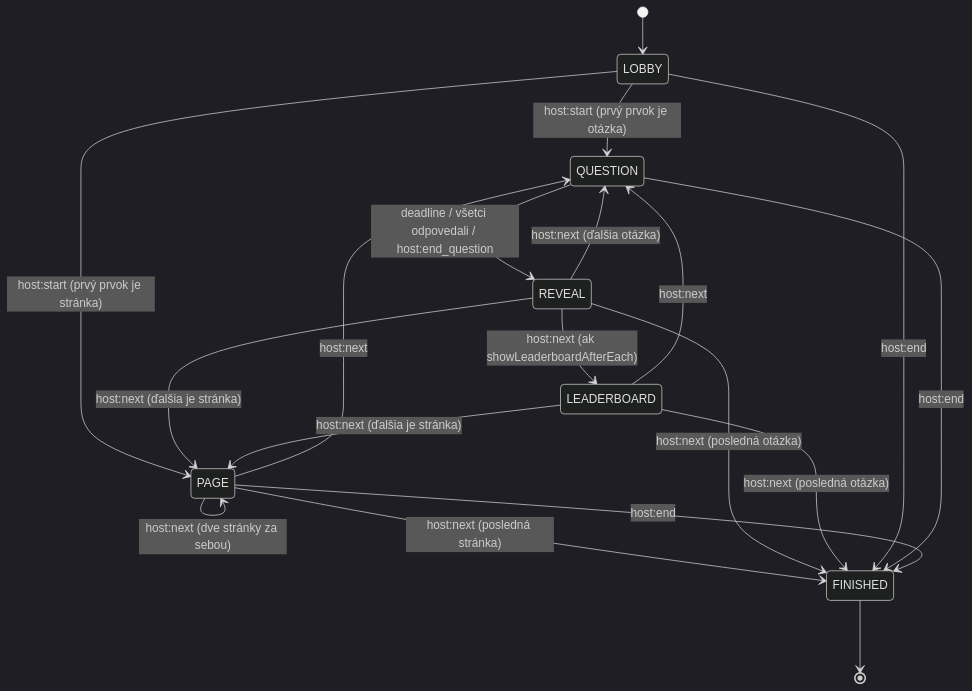
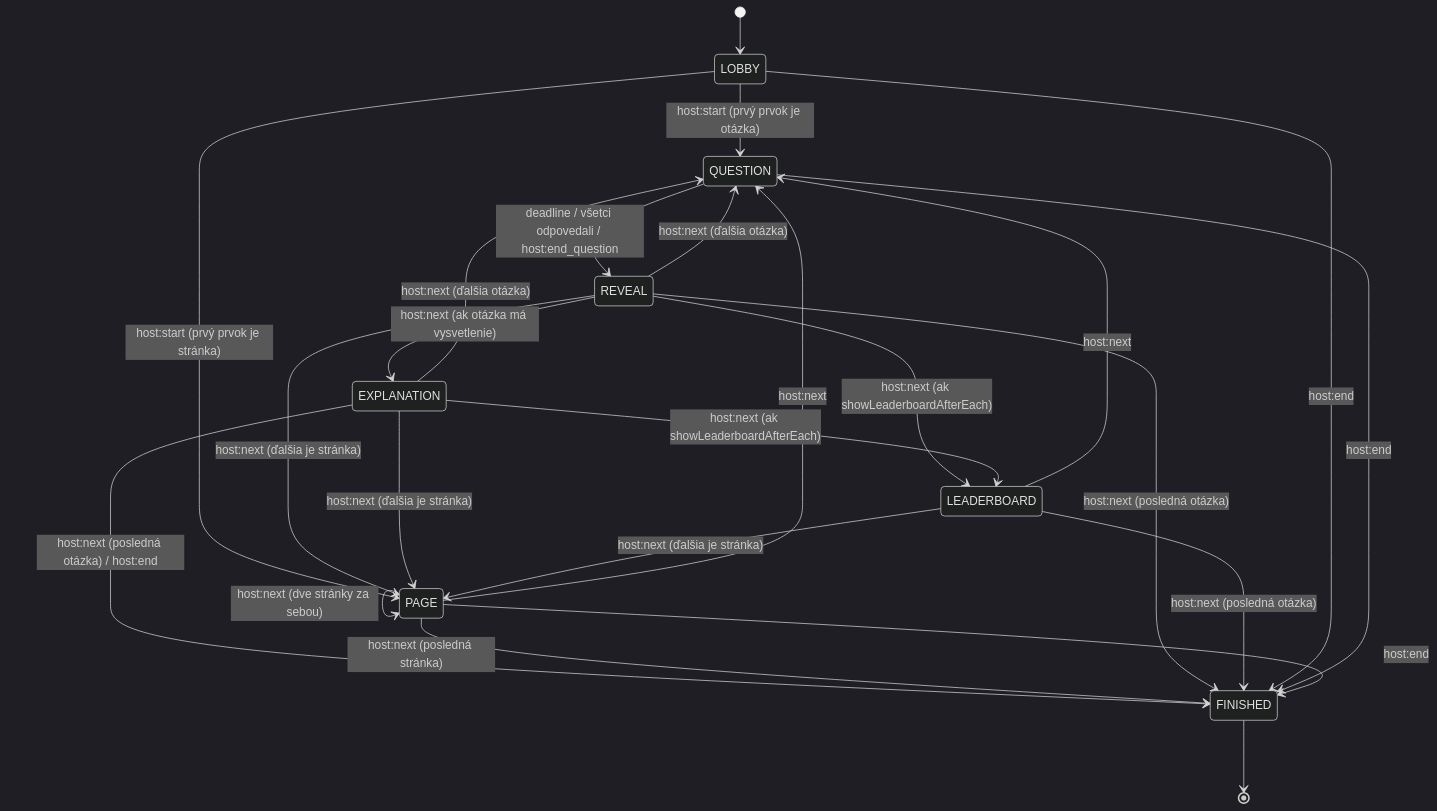
Before and after one commit to alexanderzichacek/nexquiz: the diagram in docs/LOGIC.md, drawn with Mermaid (dark theme). The commit also changed other lines of this file and 35 other files, not shown here.

Commit message:
Explanation after question

````diff
--- a/docs/LOGIC.md
+++ b/docs/LOGIC.md
@@ -455,21 +484,26 @@
 ```mermaid
 stateDiagram-v2
   [*] --> LOBBY
   LOBBY --> QUESTION: host:start (prvý prvok je otázka)
   LOBBY --> PAGE: host:start (prvý prvok je stránka)
   QUESTION --> REVEAL: deadline / všetci odpovedali / host:end_question
+  REVEAL --> EXPLANATION: host:next (ak otázka má vysvetlenie)
   REVEAL --> LEADERBOARD: host:next (ak showLeaderboardAfterEach)
   REVEAL --> QUESTION: host:next (ďalšia otázka)
   REVEAL --> PAGE: host:next (ďalšia je stránka)
+  EXPLANATION --> LEADERBOARD: host:next (ak showLeaderboardAfterEach)
+  EXPLANATION --> QUESTION: host:next (ďalšia otázka)
+  EXPLANATION --> PAGE: host:next (ďalšia je stránka)
+  EXPLANATION --> FINISHED: host:next (posledná otázka) / host:end
   LEADERBOARD --> QUESTION: host:next
   LEADERBOARD --> PAGE: host:next (ďalšia je stránka)
   PAGE --> QUESTION: host:next
   PAGE --> PAGE: host:next (dve stránky za sebou)
   PAGE --> FINISHED: host:next (posledná stránka)
   REVEAL --> FINISHED: host:next (posledná otázka)
   LEADERBOARD --> FINISHED: host:next (posledná otázka)
   LOBBY --> FINISHED: host:end
   QUESTION --> FINISHED: host:end
   PAGE --> FINISHED: host:end
   FINISHED --> [*]
 ```
````
